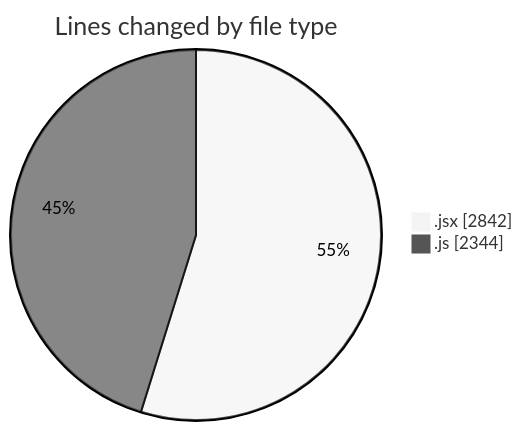
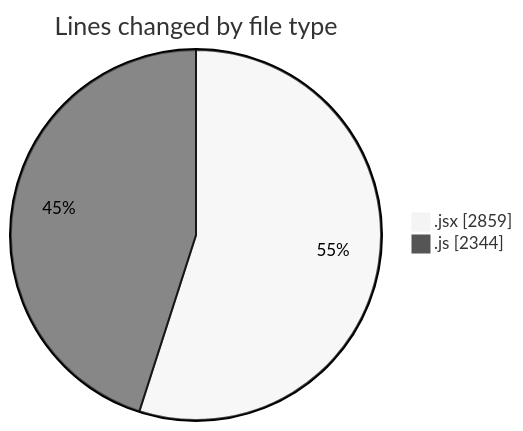
Before and after one commit to nxtqubesakshisongat/code-tracking: the first of 2 diagrams in 2026-01-08/nxtqube_webapp/README.md, drawn with Mermaid (neutral theme). The commit also changed other lines of this file and 1 other file, not shown here.

````diff
--- a/2026-01-08/nxtqube_webapp/README.md
+++ b/2026-01-08/nxtqube_webapp/README.md
@@ -23,6 +23,6 @@
 ```mermaid
 pie showData
 title Lines changed by file type
-".jsx" : 2842
+".jsx" : 2859
 ".js" : 2344
 ```
````
